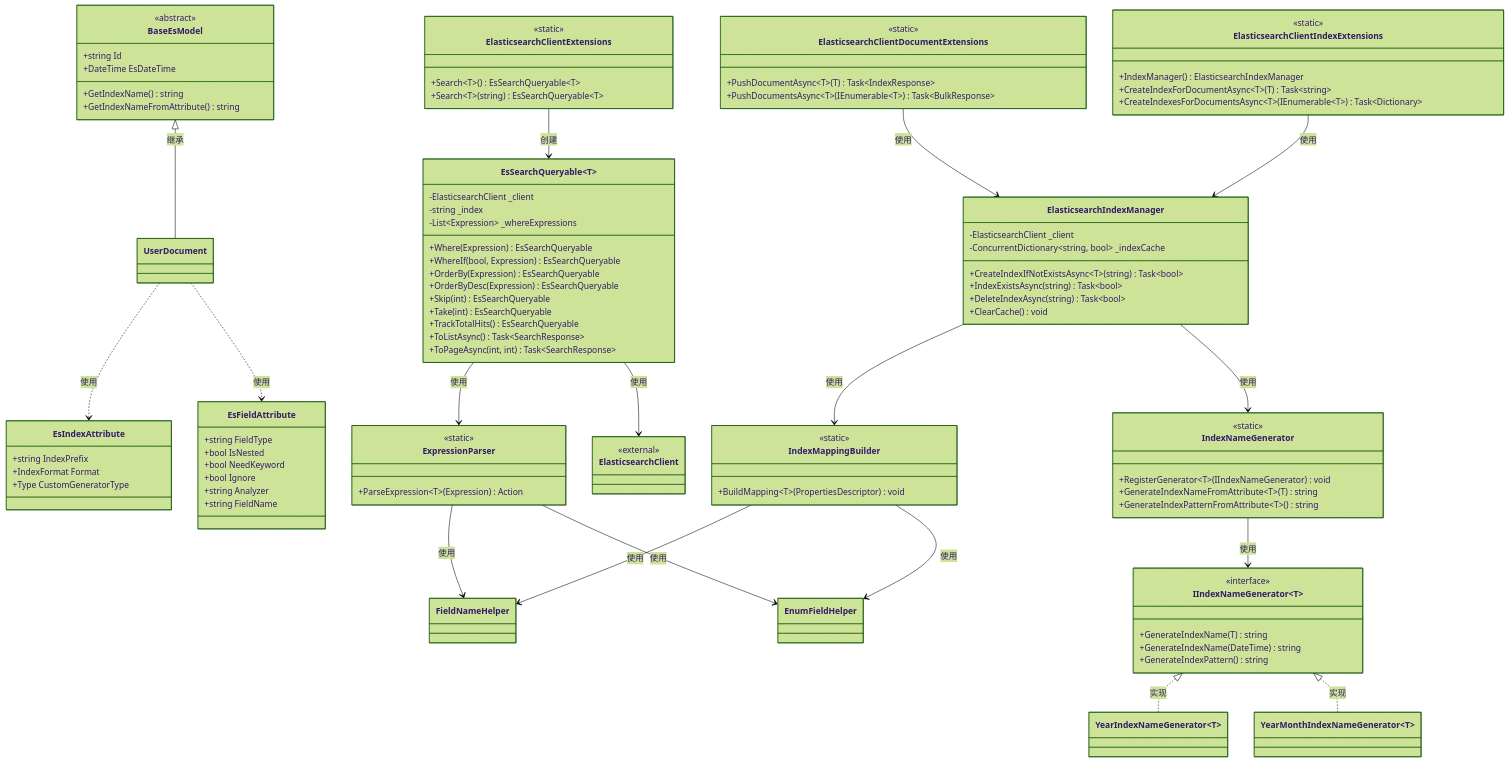
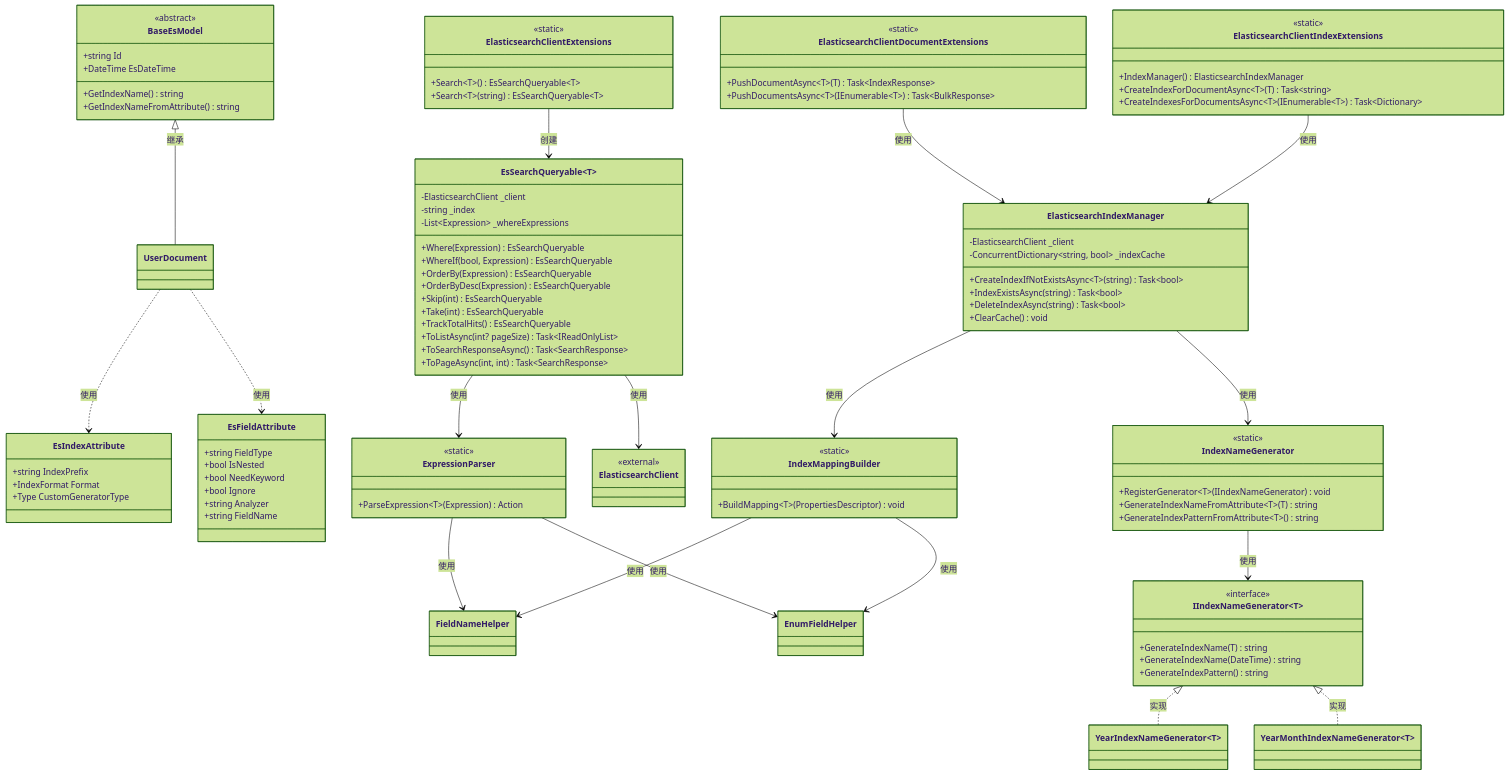
The first of 5 diagrams in Adi.ElasticSugar.Core/README.md (guoxdxdxd/Adi.ElasticSugar.Core), drawn with Mermaid (forest theme) before and after one commit. The commit also changed other lines of this file and 3 other files, not shown here.

First line of the commit message:
feat: Update ToListAsync and ToSearchResponseAsync methods for improved query handling

```diff
--- a/Adi.ElasticSugar.Core/README.md
+++ b/Adi.ElasticSugar.Core/README.md
@@ -118,7 +118,8 @@
         +Skip(int) EsSearchQueryable
         +Take(int) EsSearchQueryable
         +TrackTotalHits() EsSearchQueryable
-        +ToListAsync() Task~SearchResponse~
+        +ToListAsync(int? pageSize) Task~IReadOnlyList~
+        +ToSearchResponseAsync() Task~SearchResponse~
         +ToPageAsync(int, int) Task~SearchResponse~
     }
     
```
